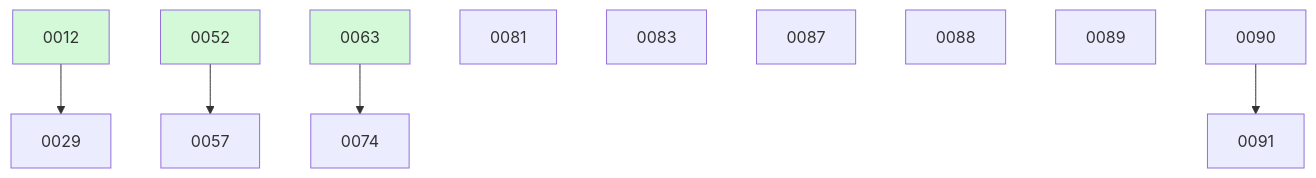
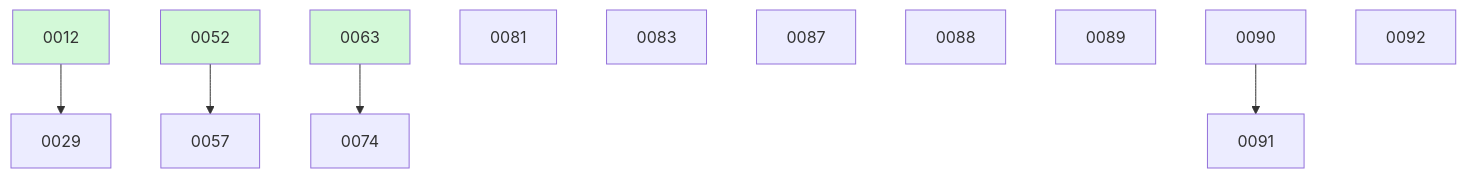
Before and after one commit to ethanhinson/fuse: the diagram in docs/changes/BOARD.md, drawn with Mermaid. The commit also changed other lines of this file and 1 other file, not shown here.

````diff
--- a/docs/changes/BOARD.md
+++ b/docs/changes/BOARD.md
@@ -40,17 +41,18 @@
 ```mermaid
 graph TD
   0012 --> 0029
   0052 --> 0057
   0063 --> 0074
   0081
   0083
   0087
   0088
   0089
   0090
   0090 --> 0091
+  0092
   0012:::done
   0052:::done
   0063:::done
   classDef done fill:#d3f9d8;
 ```
````
